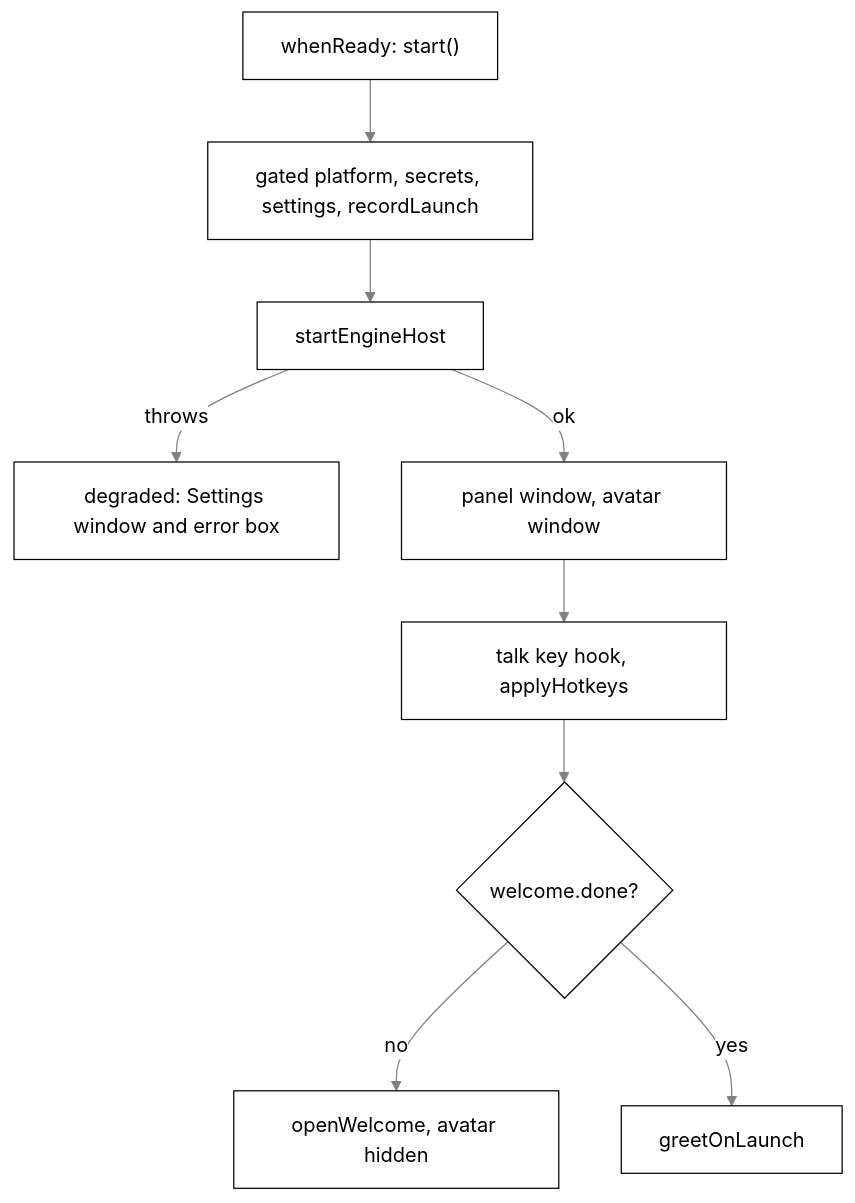
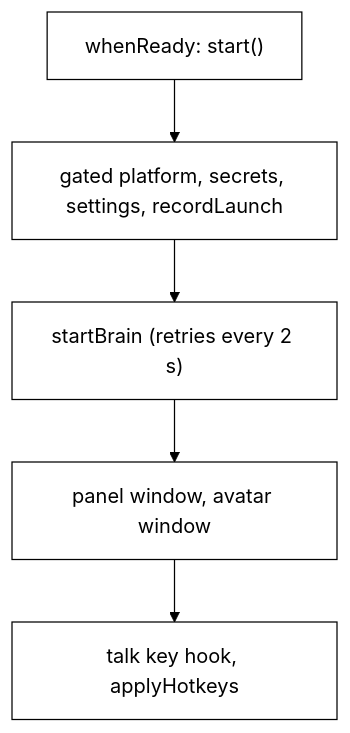
The first of 2 diagrams in docs/desktop.md (nadeem4/tagalong), drawn with Mermaid before and after one commit. The commit also changed other lines of this file and 52 other files, not shown here.

````diff
--- a/docs/desktop.md
+++ b/docs/desktop.md
@@ -83,12 +78,8 @@
 ```mermaid
-%%{init: {"theme": "base", "themeVariables": {"primaryColor": "#ffffff", "primaryTextColor": "#000000", "primaryBorderColor": "#000000", "lineColor": "#808080", "secondaryColor": "#f2f2f2", "tertiaryColor": "#ffffff", "clusterBkg": "#f7f7f7", "clusterBorder": "#808080", "edgeLabelBackground": "#ffffff", "titleColor": "#808080", "fontFamily": "Segoe UI, Helvetica, Arial, sans-serif"}}}%%
+%%{init: {'theme':'base','themeVariables':{'primaryColor':'#ffffff','primaryTextColor':'#000000','primaryBorderColor':'#000000','lineColor':'#000000'}}}%%
 flowchart TD
   A["whenReady: start()"] --> B["gated platform, secrets, settings, recordLaunch"]
-  B --> C["startEngineHost"]
-  C -- "throws" --> D["degraded: Settings window and error box"]
-  C -- "ok" --> E["panel window, avatar window"]
+  B --> C["startBrain (retries every 2 s)"]
+  C --> E["panel window, avatar window"]
   E --> F["talk key hook, applyHotkeys"]
-  F --> G{"welcome.done?"}
-  G -- "no" --> H["openWelcome, avatar hidden"]
-  G -- "yes" --> I["greetOnLaunch"]
 ```
````
